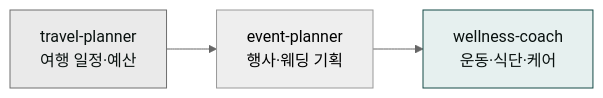
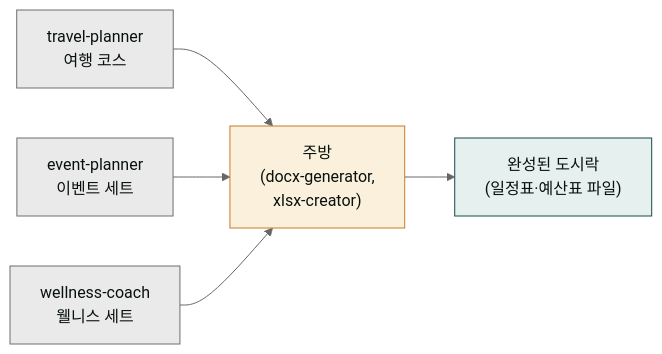
The diagram in content/plugins/moai-lifestyle.md (modu-ai/claude), drawn with Mermaid (neutral theme) before and after one commit. The commit also changed other lines of this file and 109 other files, not shown here.

First line of the commit message:
chore(release): v2.23.0 — drawio-diagram 스킬 제거 + docs-site 산문·SVG 보강

````diff
--- a/content/plugins/moai-lifestyle.md
+++ b/content/plugins/moai-lifestyle.md
@@ -13,7 +13,18 @@
 ```mermaid
 flowchart LR
-    A["travel-planner<br/>여행 일정·예산"] --> B["event-planner<br/>행사·웨딩 기획"]
-    B --> C["wellness-coach<br/>운동·식단·케어"]
-    style A fill:#eaeaea,stroke:#6e6e6e,color:#09110f
-    style C fill:#e6f0ef,stroke:#144a46,color:#09110f
+    A1["travel-planner<br/>여행 코스"]
+    A2["event-planner<br/>이벤트 세트"]
+    A3["wellness-coach<br/>웰니스 세트"]
+
+    A1 --> K["주방<br/>(docx-generator,<br/>xlsx-creator)"]
+    A2 --> K
+    A3 --> K
+
+    K --> O["완성된 도시락<br/>(일정표·예산표 파일)"]
+
+    style A1 fill:#eaeaea,stroke:#6e6e6e,color:#09110f
+    style A2 fill:#eaeaea,stroke:#6e6e6e,color:#09110f
+    style A3 fill:#eaeaea,stroke:#6e6e6e,color:#09110f
+    style K fill:#fbf0dc,stroke:#c47b2a,color:#09110f
+    style O fill:#e6f0ef,stroke:#144a46,color:#09110f
 ```
````
